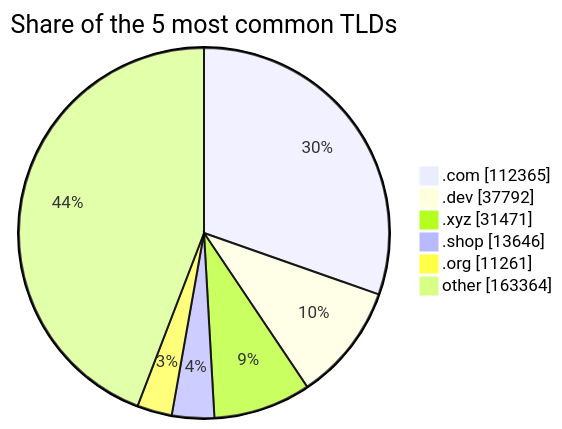
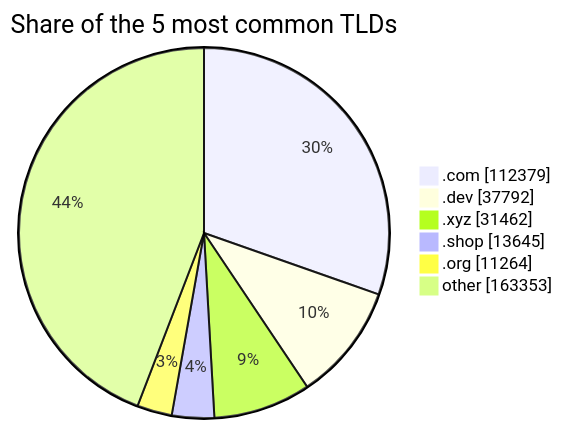
One commit to DNSBunker/CTI changed the third of 3 diagrams in README.md. Above: the diagram before and after it, drawn with Mermaid. The commit also changed other lines of this file and 3 other files, not shown here.

````diff
--- a/README.md
+++ b/README.md
@@ -81,9 +81,9 @@
 ```mermaid
 pie showData title Share of the 5 most common TLDs
-    ".com" : 112365
+    ".com" : 112379
     ".dev" : 37792
-    ".xyz" : 31471
-    ".shop" : 13646
-    ".org" : 11261
-    "other" : 163364
+    ".xyz" : 31462
+    ".shop" : 13645
+    ".org" : 11264
+    "other" : 163353
 ```
````
